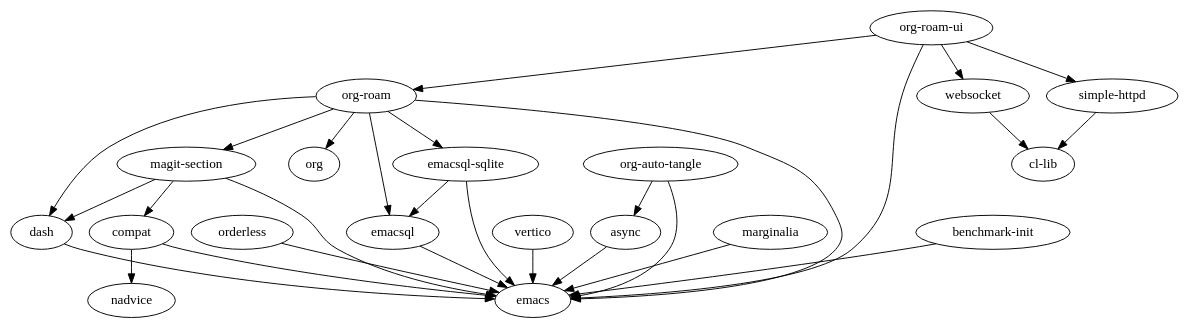
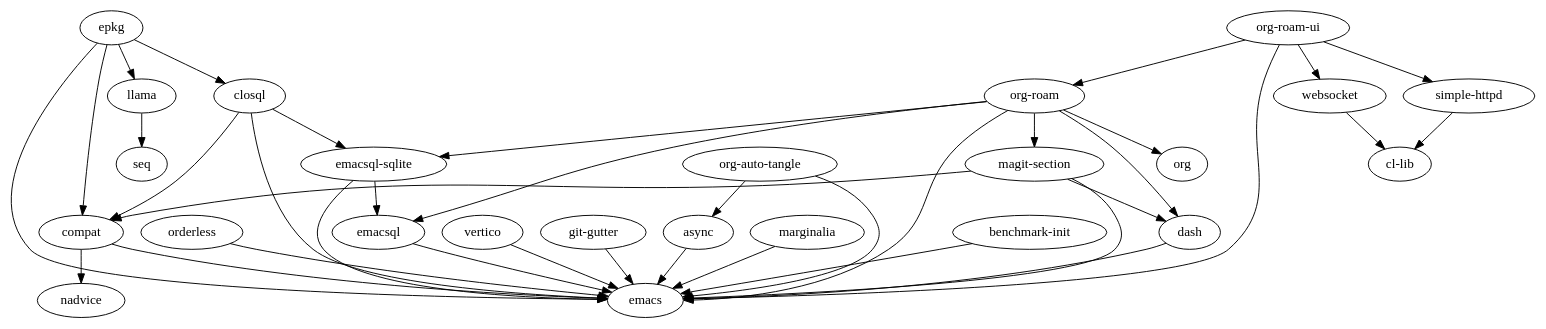
The diagram in assets/emacs-package-dependency.dot (suliveevil/emacs.d), drawn with Graphviz before and after one commit. The commit also changed 87 other files, not shown here.

Commit message:
magit + git-gutter

```diff
--- a/assets/emacs-package-dependency.dot
+++ b/assets/emacs-package-dependency.dot
@@ -1,29 +1,38 @@
-digraph G {"emacsql" -> "emacs";
+digraph G {"epkg" -> "emacs";
+"epkg" -> "compat";
+"epkg" -> "closql";
+"epkg" -> "llama";
+"emacsql" -> "emacs";
 "websocket" -> "cl-lib";
 "orderless" -> "emacs";
 "org-roam" -> "emacs";
 "org-roam" -> "dash";
 "org-roam" -> "org";
 "org-roam" -> "emacsql";
 "org-roam" -> "emacsql-sqlite";
 "org-roam" -> "magit-section";
 "vertico" -> "emacs";
 "magit-section" -> "emacs";
 "magit-section" -> "compat";
 "magit-section" -> "dash";
 "compat" -> "emacs";
 "compat" -> "nadvice";
 "simple-httpd" -> "cl-lib";
+"git-gutter" -> "emacs";
 "dash" -> "emacs";
+"closql" -> "emacs";
+"closql" -> "compat";
+"closql" -> "emacsql-sqlite";
 "async" -> "emacs";
 "marginalia" -> "emacs";
 "org-auto-tangle" -> "emacs";
 "org-auto-tangle" -> "async";
 "org-roam-ui" -> "emacs";
 "org-roam-ui" -> "org-roam";
 "org-roam-ui" -> "simple-httpd";
 "org-roam-ui" -> "websocket";
 "emacsql-sqlite" -> "emacs";
 "emacsql-sqlite" -> "emacsql";
 "benchmark-init" -> "emacs";
+"llama" -> "seq";
 }
```
